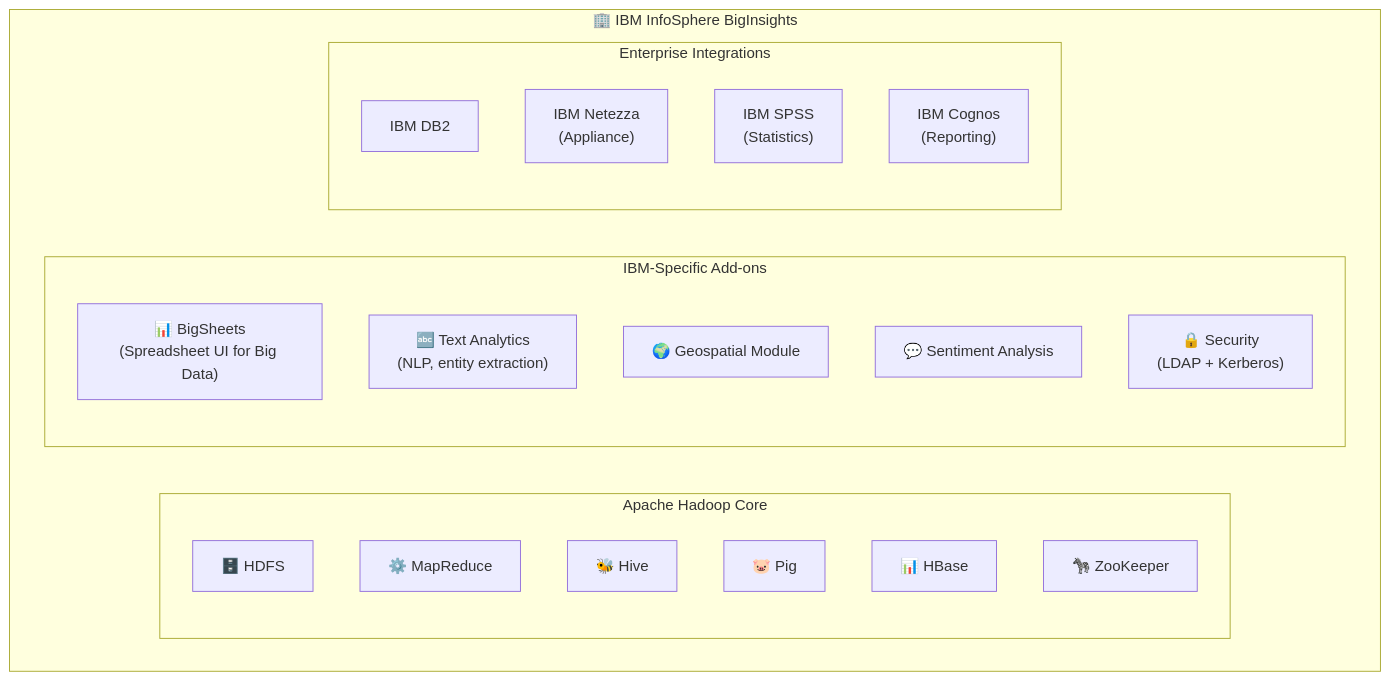
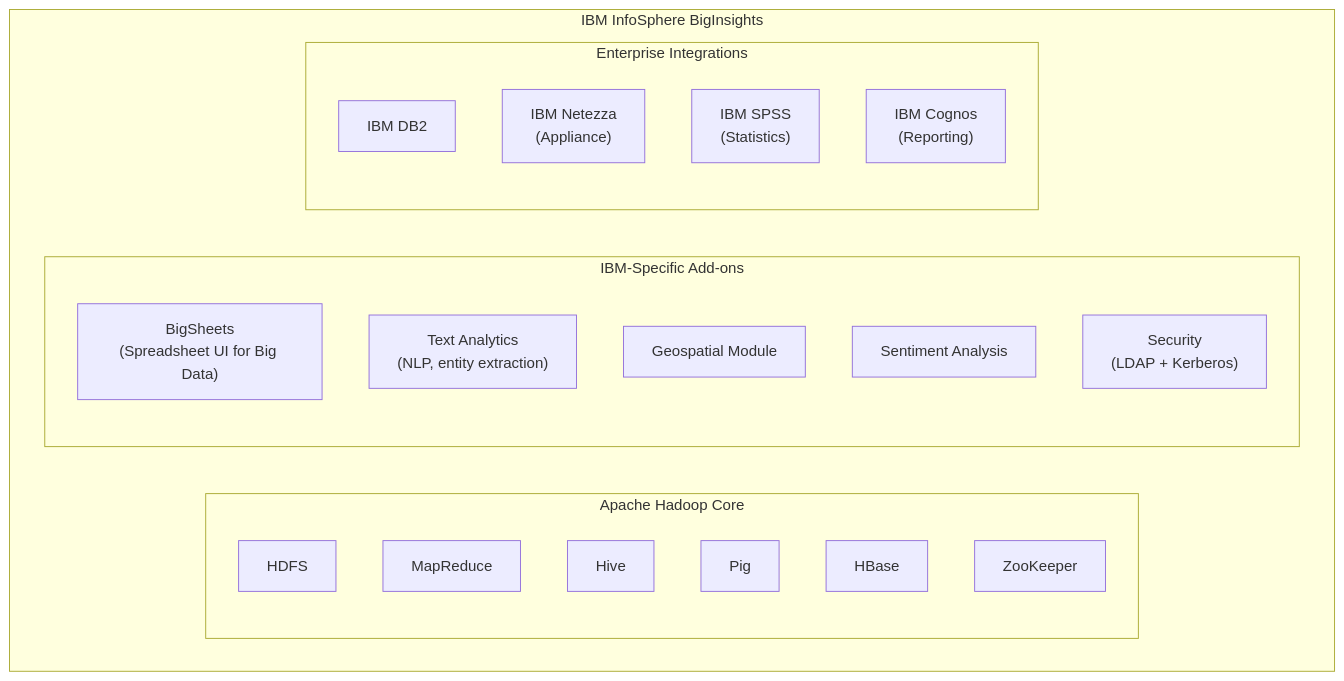
Before and after one commit to NK2552003/Big-Data-Survival-Guide: the fourth of 6 diagrams in UNITS/UNIT 4/unit-4-english-fun.md, drawn with Mermaid. The commit also changed other lines of this file and 78 other files, not shown here.

````diff
--- a/UNITS/UNIT 4/unit-4-english-fun.md
+++ b/UNITS/UNIT 4/unit-4-english-fun.md
@@ -1255,28 +1243,28 @@
 ```mermaid
 flowchart TB
-    subgraph BigInsights["🏢 IBM InfoSphere BigInsights"]
-        subgraph ApacheCore["Apache Hadoop Core"]
-            HDFS["🗄️ HDFS"]
-            MR["⚙️ MapReduce"]
-            Hive["🐝 Hive"]
-            Pig["🐷 Pig"]
-            HBase["📊 HBase"]
-            ZK["🦓 ZooKeeper"]
-        end
+ subgraph BigInsights[" IBM InfoSphere BigInsights"]
+ subgraph ApacheCore["Apache Hadoop Core"]
+ HDFS[" HDFS"]
+ MR[" MapReduce"]
+ Hive[" Hive"]
+ Pig[" Pig"]
+ HBase[" HBase"]
+ ZK[" ZooKeeper"]
+ end
 
-        subgraph IBMAddons["IBM-Specific Add-ons"]
-            BS["📊 BigSheets\n(Spreadsheet UI for Big Data)"]
-            TA["🔤 Text Analytics\n(NLP, entity extraction)"]
-            GS["🌍 Geospatial Module"]
-            SA["💬 Sentiment Analysis"]
-            SEC["🔒 Security\n(LDAP + Kerberos)"]
-        end
+ subgraph IBMAddons["IBM-Specific Add-ons"]
+ BS[" BigSheets\n(Spreadsheet UI for Big Data)"]
+ TA[" Text Analytics\n(NLP, entity extraction)"]
+ GS[" Geospatial Module"]
+ SA[" Sentiment Analysis"]
+ SEC[" Security\n(LDAP + Kerberos)"]
+ end
 
-        subgraph Integrations["Enterprise Integrations"]
-            DB2["IBM DB2"]
-            Netezza["IBM Netezza\n(Appliance)"]
-            SPSS["IBM SPSS\n(Statistics)"]
-            Cognos["IBM Cognos\n(Reporting)"]
-        end
-    end
+ subgraph Integrations["Enterprise Integrations"]
+ DB2["IBM DB2"]
+ Netezza["IBM Netezza\n(Appliance)"]
+ SPSS["IBM SPSS\n(Statistics)"]
+ Cognos["IBM Cognos\n(Reporting)"]
+ end
+ end
 ```
````
